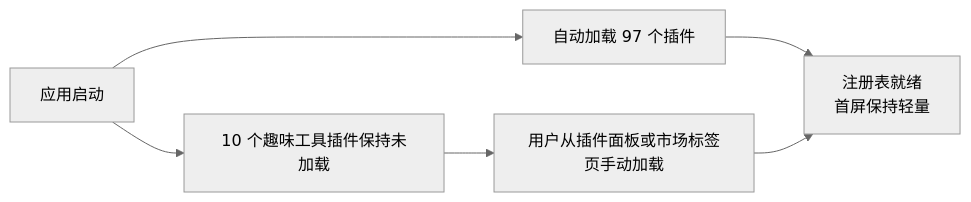
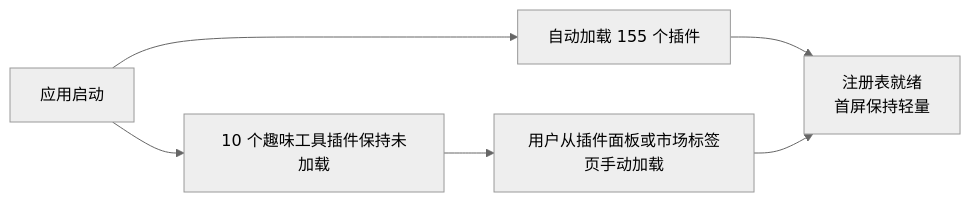
The second of 4 diagrams in docs/technical/03-插件系统.md (SnowLeopard-io/ErgalicsStudio), drawn with Mermaid (neutral theme) before and after one commit. The commit also changed other lines of this file and 44 other files, not shown here.

````diff
--- a/docs/technical/03-插件系统.md
+++ b/docs/technical/03-插件系统.md
@@ -679,8 +517,8 @@
 ```mermaid
 flowchart LR
-    A["应用启动"] --> B["自动加载 97 个插件"]
+    A["应用启动"] --> B["自动加载 155 个插件"]
     A --> C["10 个趣味工具插件保持未加载"]
     C --> D["用户从插件面板或市场标签页手动加载"]
     B --> E["注册表就绪<br/>首屏保持轻量"]
     D --> E
 ```
````
